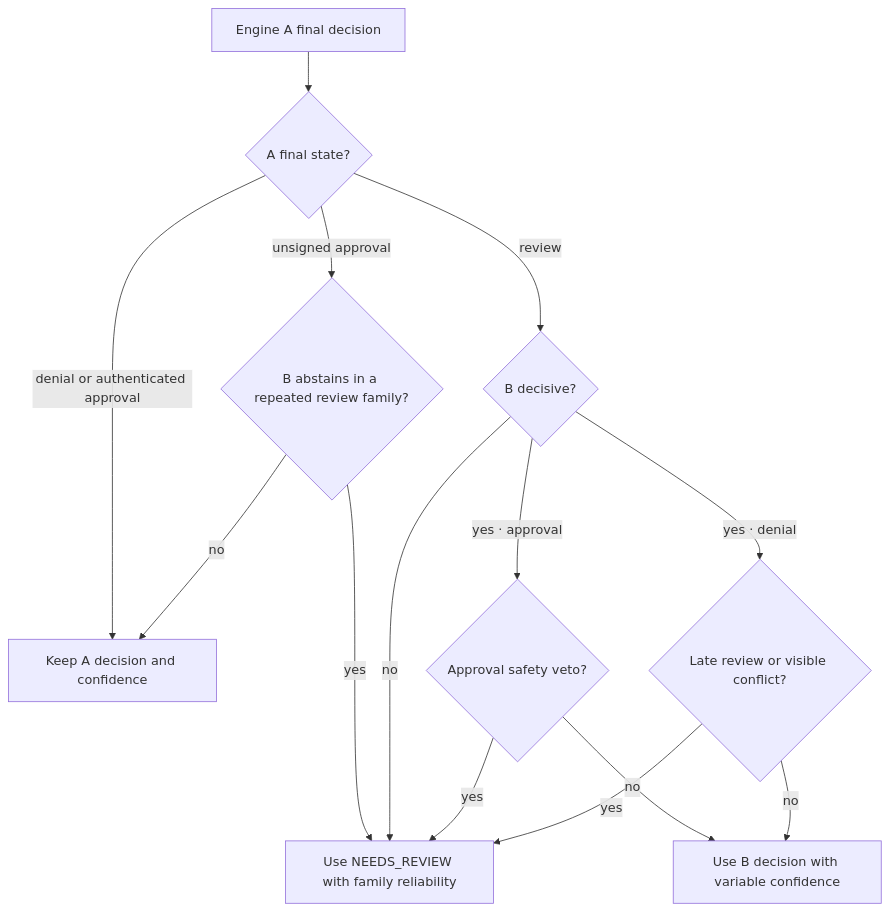
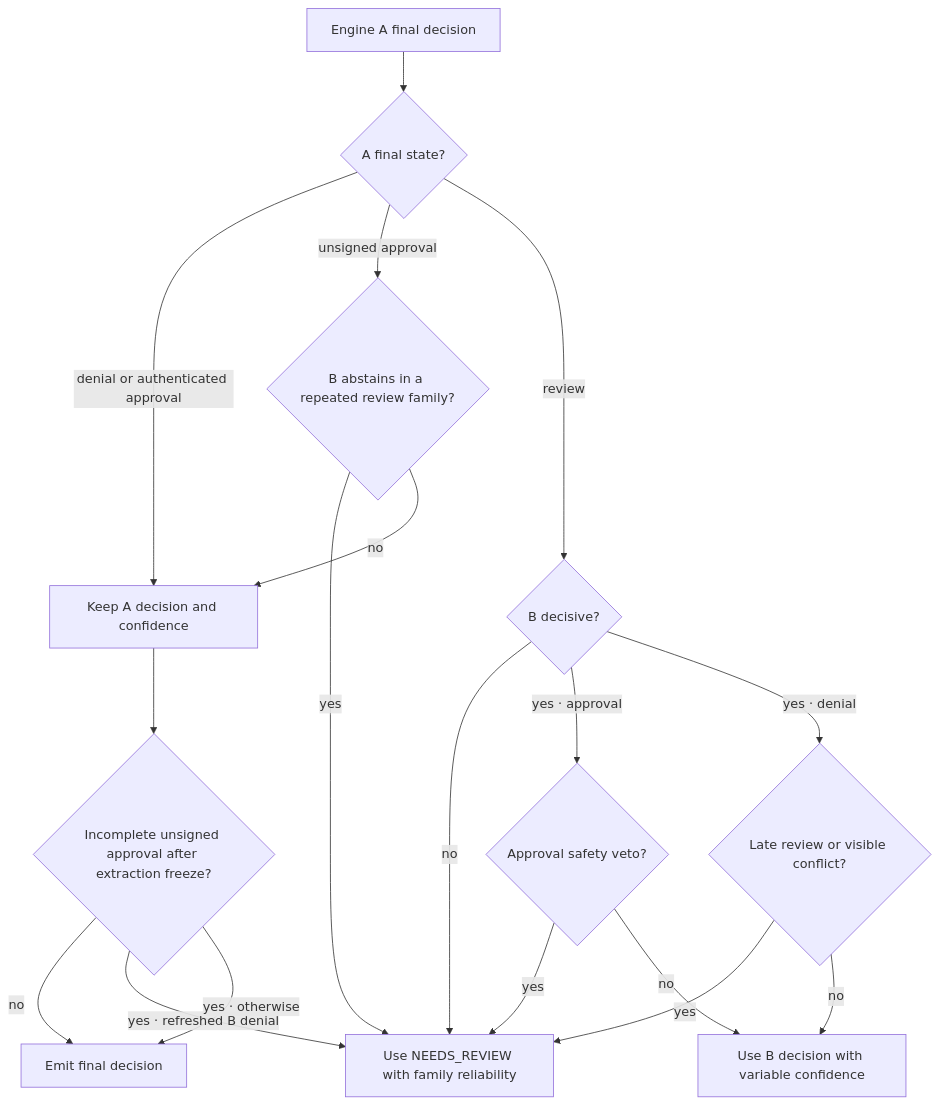
One commit to midasavocado/mib-doc-challenge-solution changed the diagram in README.md. Above: the diagram before and after it, drawn with Mermaid. The commit also changed other lines of this file and 6 other files, not shown here.

````diff
--- a/README.md
+++ b/README.md
@@ -72,16 +72,20 @@
 ```mermaid
 flowchart TD
     A["Engine A final decision"] --> D{"A final state?"}
     D -->|denial or authenticated approval| KEEP["Keep A decision and confidence"]
     D -->|unsigned approval| M{"B abstains in a repeated review family?"}
     M -->|yes| REVIEW["Use NEEDS_REVIEW with family reliability"]
     M -->|no| KEEP
     D -->|review| B{"B decisive?"}
     B -->|no| REVIEW
     B -->|yes · approval| V{"Approval safety veto?"}
     B -->|yes · denial| W{"Late review or visible conflict?"}
     V -->|yes| REVIEW
     V -->|no| BRIDGE["Use B decision with variable confidence"]
     W -->|yes| REVIEW
     W -->|no| BRIDGE
+    KEEP --> L{"Incomplete unsigned approval after extraction freeze?"}
+    L -->|no| OUT["Emit final decision"]
+    L -->|yes · refreshed B denial| REVIEW
+    L -->|yes · otherwise| OUT
 ```
````
